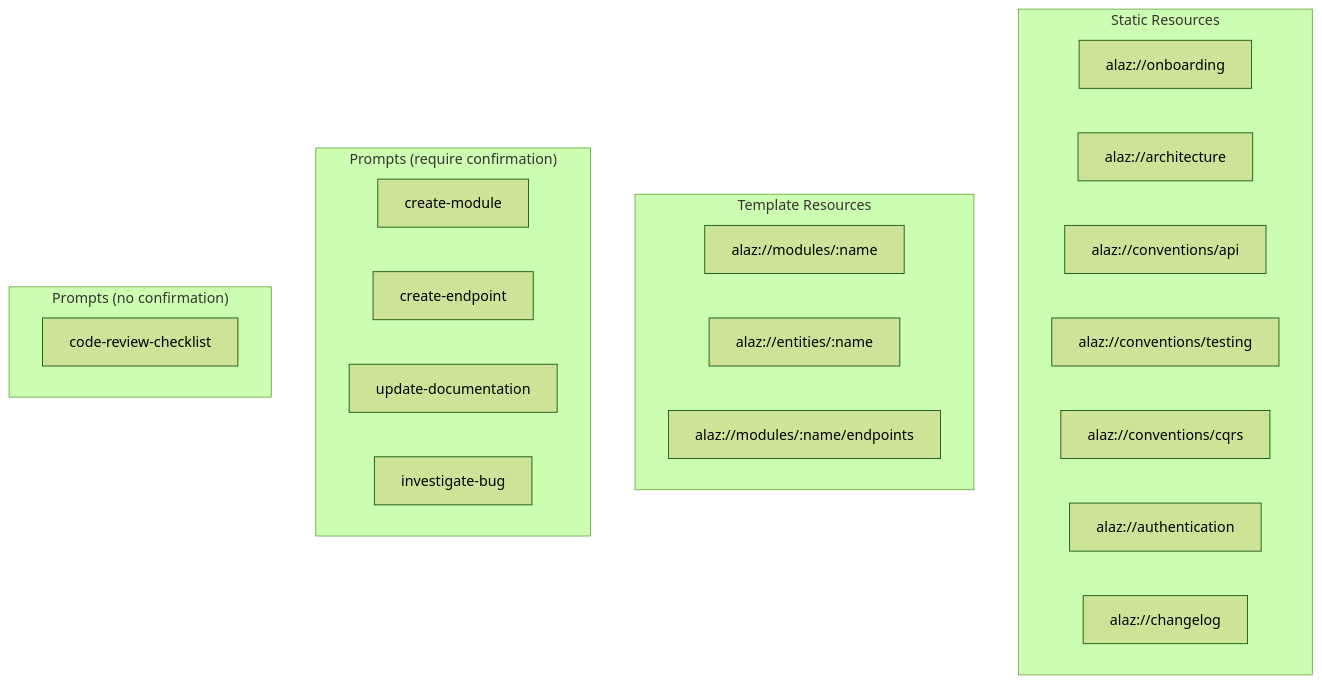
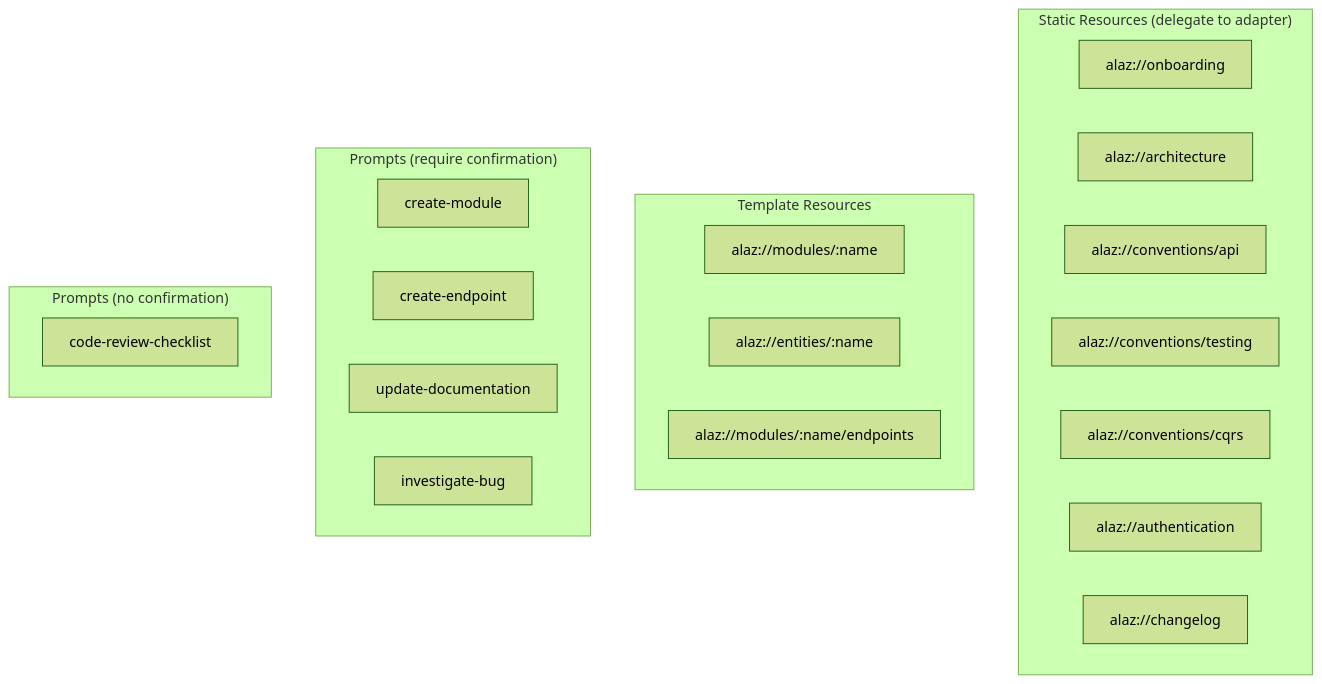
The tenth of 12 diagrams in docs/MCP-FLOWS-AND-ARCHITECTURE.md (hbarbosa02/alaz-mcp-nestjs), drawn with Mermaid (forest theme) before and after one commit. The commit also changed other lines of this file and 59 other files, not shown here.

````diff
--- a/docs/MCP-FLOWS-AND-ARCHITECTURE.md
+++ b/docs/MCP-FLOWS-AND-ARCHITECTURE.md
@@ -299,29 +301,29 @@
 ```mermaid
 flowchart TB
-    subgraph Static["Static Resources"]
+    subgraph Static["Static Resources (delegate to adapter)"]
         R1[alaz://onboarding]
         R2[alaz://architecture]
         R3[alaz://conventions/api]
         R4[alaz://conventions/testing]
         R5[alaz://conventions/cqrs]
         R6[alaz://authentication]
         R7[alaz://changelog]
     end
 
     subgraph Template["Template Resources"]
         R8[alaz://modules/:name]
         R9[alaz://entities/:name]
         R10[alaz://modules/:name/endpoints]
     end
 
     subgraph Prompts["Prompts (require confirmation)"]
         P1[create-module]
         P2[create-endpoint]
         P3[update-documentation]
         P4[investigate-bug]
     end
 
     subgraph Checklist["Prompts (no confirmation)"]
         P5[code-review-checklist]
     end
 ```
````
